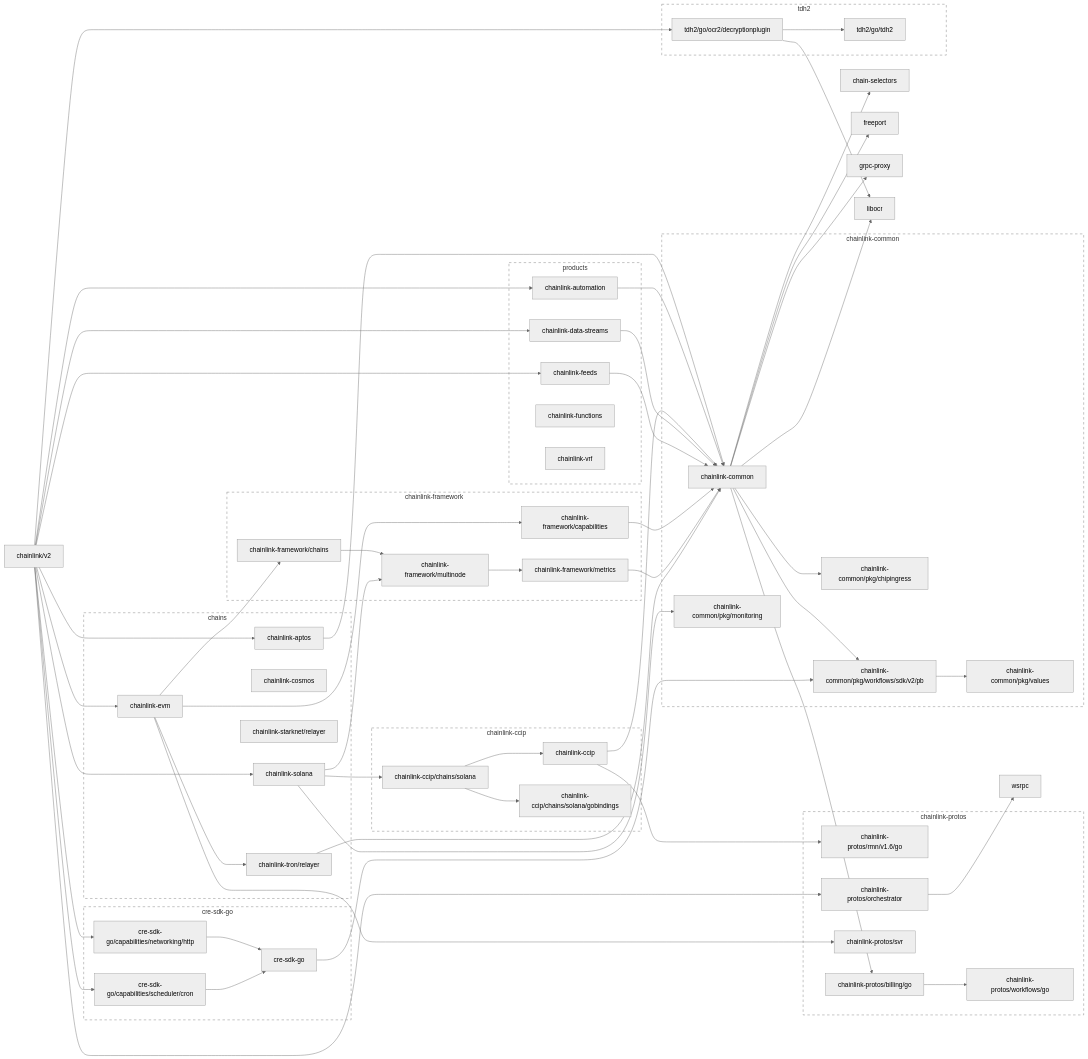
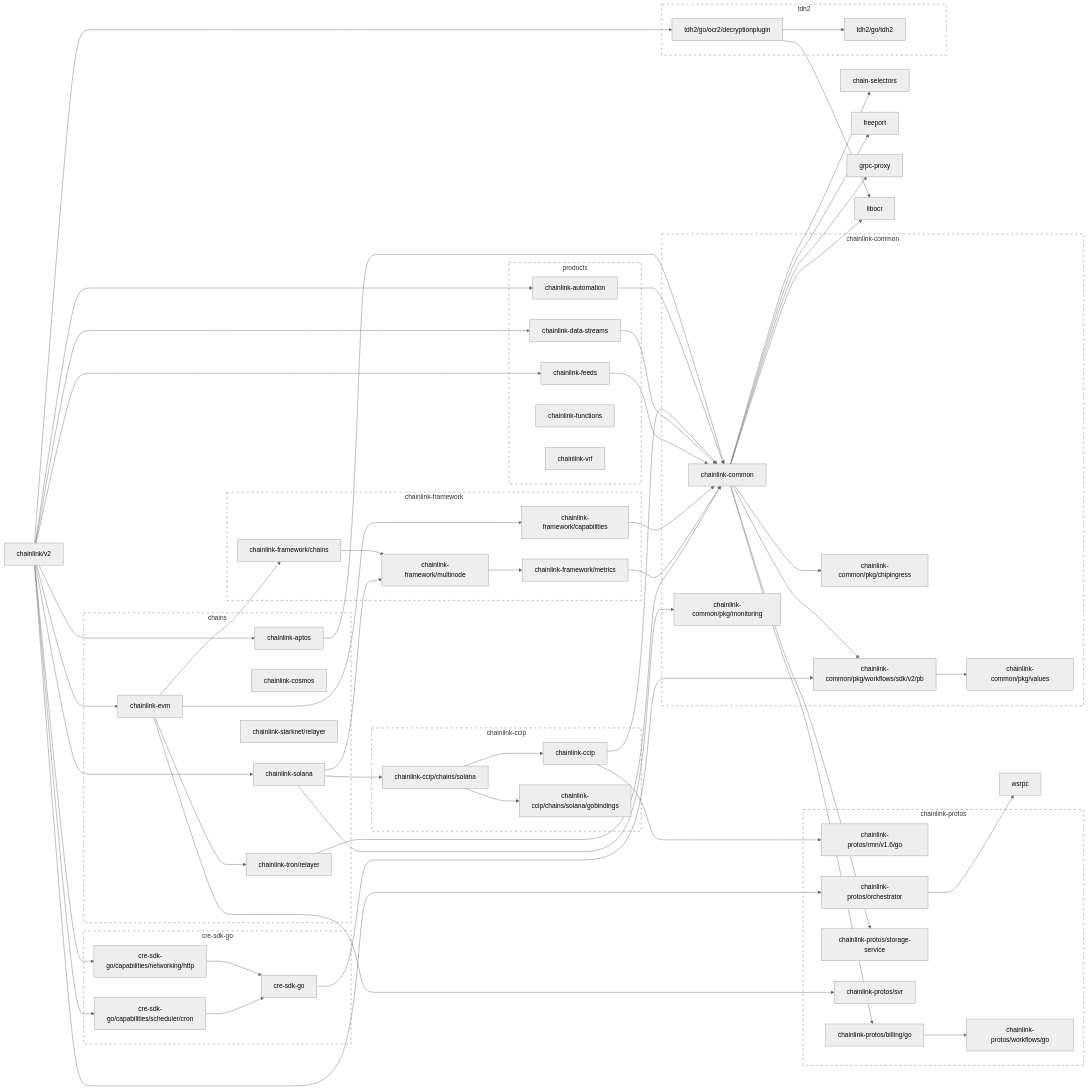
One commit to JohnDaWalka/chainlink changed the first of 2 diagrams in go.md. Above: the diagram before and after it, drawn with Mermaid (neutral theme). The commit also changed other lines of this file and 14 other files, not shown here.

First line of the commit message:
bump chainlink-common: db tracing disabled by default (#18854)

```diff
--- a/go.md
+++ b/go.md
@@ -40,6 +40,7 @@
 	chainlink-common --> chainlink-common/pkg/chipingress
 	chainlink-common --> chainlink-common/pkg/workflows/sdk/v2/pb
 	chainlink-common --> chainlink-protos/billing/go
+	chainlink-common --> chainlink-protos/storage-service
 	chainlink-common --> freeport
 	chainlink-common --> grpc-proxy
 	chainlink-common --> libocr
@@ -75,6 +76,8 @@
 	click chainlink-protos/orchestrator href "https://github.com/smartcontractkit/chainlink-protos"
 	chainlink-protos/rmn/v1.6/go
 	click chainlink-protos/rmn/v1.6/go href "https://github.com/smartcontractkit/chainlink-protos"
+	chainlink-protos/storage-service
+	click chainlink-protos/storage-service href "https://github.com/smartcontractkit/chainlink-protos"
 	chainlink-protos/svr
 	click chainlink-protos/svr href "https://github.com/smartcontractkit/chainlink-protos"
 	chainlink-protos/workflows/go
@@ -144,6 +147,7 @@
 		 chainlink-protos/billing/go
 		 chainlink-protos/orchestrator
 		 chainlink-protos/rmn/v1.6/go
+		 chainlink-protos/storage-service
 		 chainlink-protos/svr
 		 chainlink-protos/workflows/go
 	end
```
